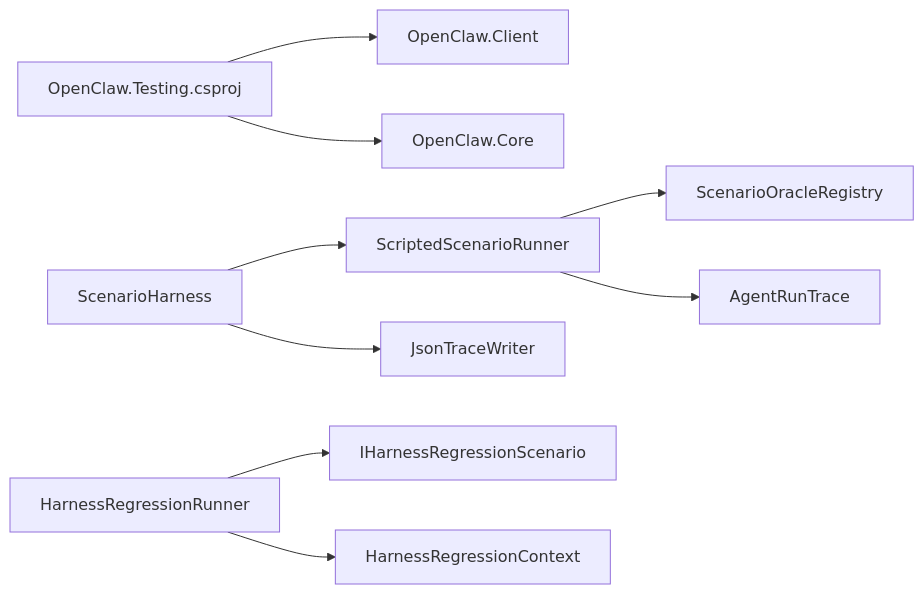
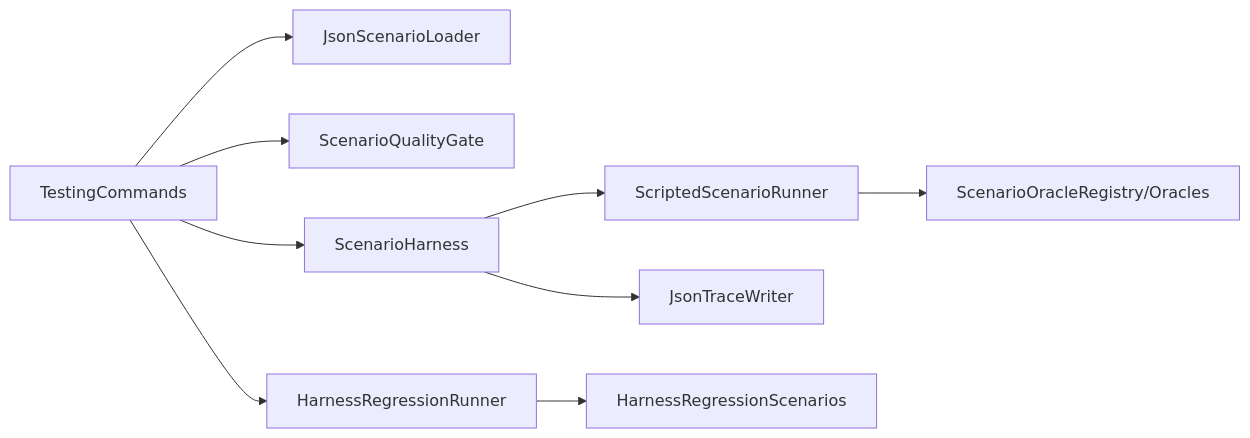
Before and after one commit to wayyet/kingcrab: the ninth of 9 diagrams in .qoder/repowiki/zh/content/测试框架/测试框架.md, drawn with Mermaid. The commit also changed other lines of this file and 431 other files, not shown here.

````diff
--- a/.qoder/repowiki/zh/content/测试框架/测试框架.md
+++ b/.qoder/repowiki/zh/content/测试框架/测试框架.md
@@ -343,11 +390,11 @@
 ```mermaid
 graph LR
-TestingProj["OpenClaw.Testing.csproj"] --> Client["OpenClaw.Client"]
-TestingProj --> Core["OpenClaw.Core"]
-Harness["ScenarioHarness"] --> Runner["ScriptedScenarioRunner"]
-Runner --> OracleReg["ScenarioOracleRegistry"]
-Runner --> Trace["AgentRunTrace"]
+CLI["TestingCommands"] --> Loader["JsonScenarioLoader"]
+CLI --> Gate["ScenarioQualityGate"]
+CLI --> Harness["ScenarioHarness"]
+Harness --> Runner["ScriptedScenarioRunner"]
+Runner --> Oracle["ScenarioOracleRegistry/Oracles"]
 Harness --> Writer["JsonTraceWriter"]
-RegressionRunner["HarnessRegressionRunner"] --> RegScenario["IHarnessRegressionScenario"]
-RegressionRunner --> RegCtx["HarnessRegressionContext"]
+CLI --> HRR["HarnessRegressionRunner"]
+HRR --> HRS["HarnessRegressionScenarios"]
 ```
````
